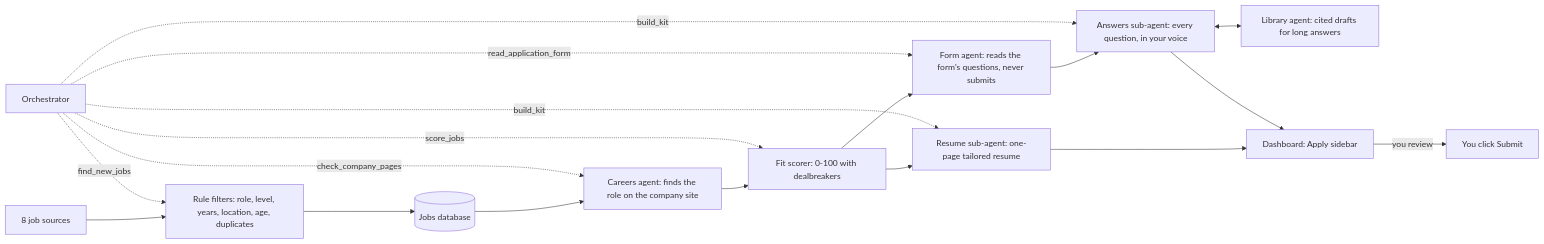
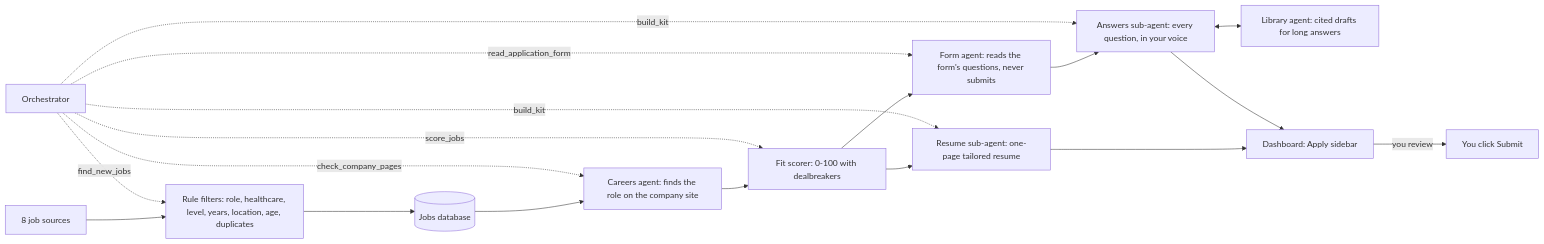
One commit to armita-jamshidi/Apply_Auto changed the diagram in README.md. Above: the diagram before and after it, drawn with Mermaid. The commit also changed other lines of this file and 13 other files, not shown here.

````diff
--- a/README.md
+++ b/README.md
@@ -46,20 +46,20 @@
 ```mermaid
 flowchart LR
-    C[8 job sources] --> F[Rule filters: role, level, years, location, age, duplicates]
+    C[8 job sources] --> F[Rule filters: role, healthcare, level, years, location, age, duplicates]
     F --> D[(Jobs database)]
     D --> K[Careers agent: finds the role on the company site]
     K --> S[Fit scorer: 0-100 with dealbreakers]
     S --> FA[Form agent: reads the form's questions, never submits]
     S --> R[Resume sub-agent: one-page tailored resume]
     FA --> A[Answers sub-agent: every question, in your voice]
     A <--> L[Library agent: cited drafts for long answers]
     R --> B[Dashboard: Apply sidebar]
     A --> B
     O[Orchestrator] -.->|find_new_jobs| F
     O -.->|check_company_pages| K
     O -.->|score_jobs| S
     O -.->|read_application_form| FA
     O -.->|build_kit| R
     O -.->|build_kit| A
     B -->|you review| H[You click Submit]
 ```
````
